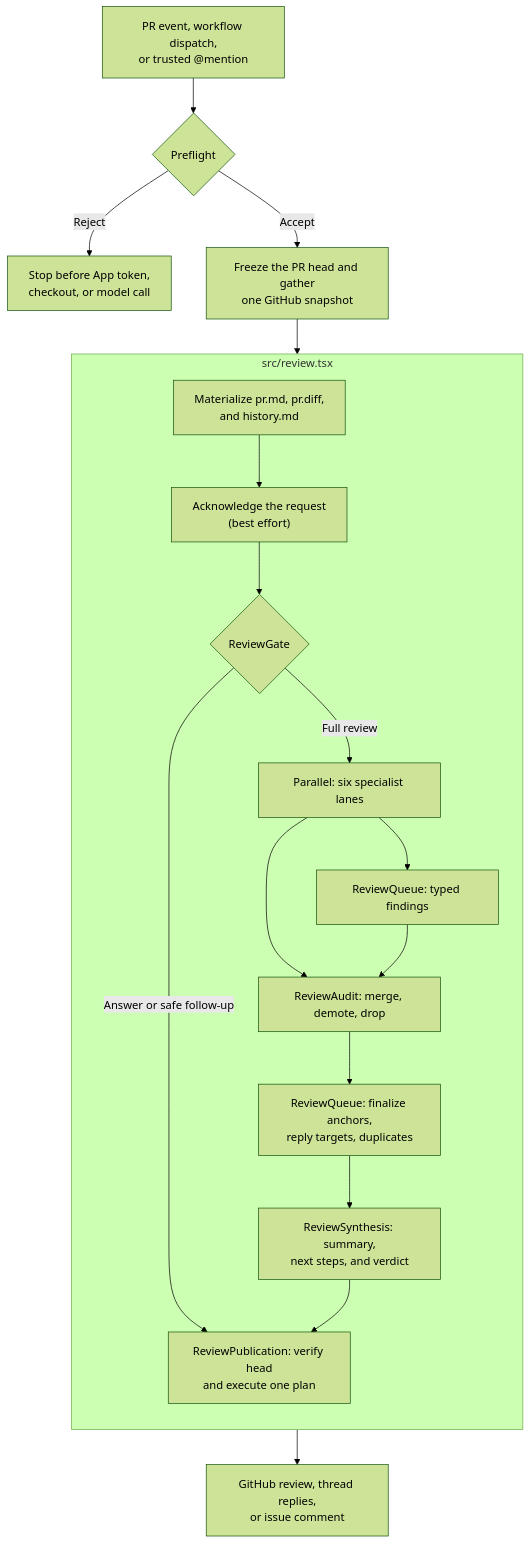
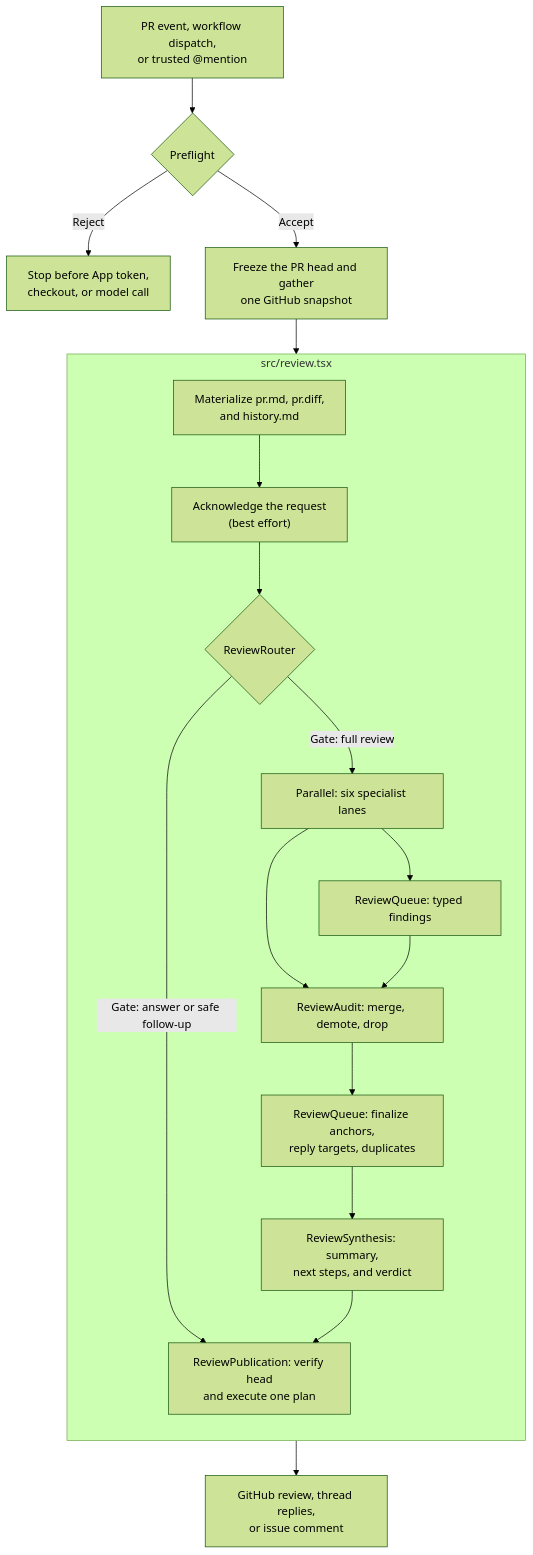
The diagram in README.md (we-are-singular/singular-code-review-agent), drawn with Mermaid (forest theme) before and after one commit. The commit also changed other lines of this file and 9 other files, not shown here.

Commit message:
refactor: separate review routing from publication

````diff
--- a/README.md
+++ b/README.md
@@ -30,23 +30,23 @@
 ```mermaid
 flowchart TB
     event["PR event, workflow dispatch,<br/>or trusted @mention"] --> preflight{"Preflight"}
     preflight -->|Reject| stop["Stop before App token,<br/>checkout, or model call"]
     preflight -->|Accept| snapshot["Freeze the PR head and gather<br/>one GitHub snapshot"]
 
     subgraph review["src/review.tsx"]
       direction TB
       context["Materialize pr.md, pr.diff,<br/>and history.md"] --> acknowledgement["Acknowledge the request<br/>(best effort)"]
-      acknowledgement --> gate{"ReviewGate"}
-      gate -->|Answer or safe follow-up| publication
-      gate -->|Full review| parallel["Parallel: six specialist lanes"]
+      acknowledgement --> router{"ReviewRouter"}
+      router -->|Gate: answer or safe follow-up| publication
+      router -->|Gate: full review| parallel["Parallel: six specialist lanes"]
       parallel --> queue["ReviewQueue: typed findings"]
       parallel --> audit
       queue --> audit["ReviewAudit: merge, demote, drop"]
       audit --> finalization["ReviewQueue: finalize anchors,<br/>reply targets, duplicates"]
       finalization --> synthesis["ReviewSynthesis: summary,<br/>next steps, and verdict"]
       synthesis --> publication["ReviewPublication: verify head<br/>and execute one plan"]
     end
 
     snapshot --> context
     publication --> github["GitHub review, thread replies,<br/>or issue comment"]
 ```
````
